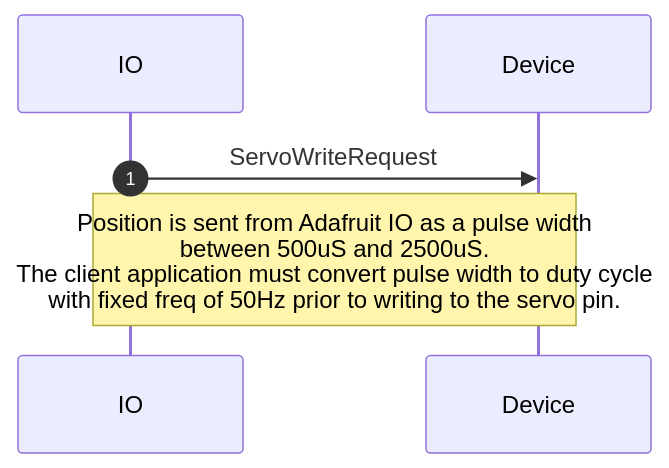
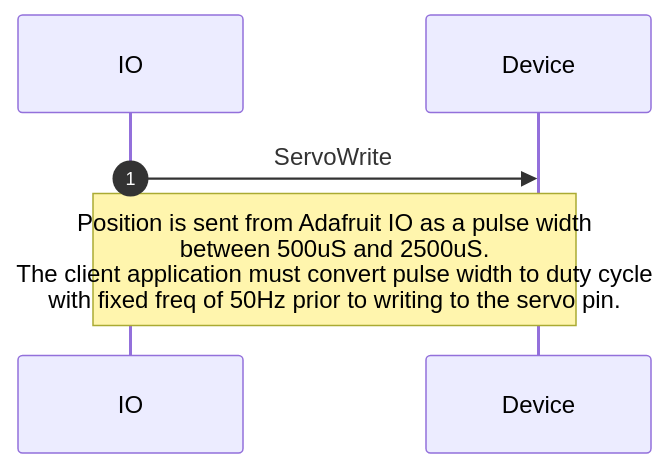
The second of 5 diagrams in proto/wippersnapper/docs/servo.md (adafruit/Wippersnapper_Protobuf), drawn with Mermaid before and after one commit. The commit also changed other lines of this file and 6 other files, not shown here.

````diff
--- a/proto/wippersnapper/docs/servo.md
+++ b/proto/wippersnapper/docs/servo.md
@@ -32,7 +27,7 @@
 ```mermaid
 sequenceDiagram
 autonumber
 
-IO->>Device: ServoWriteRequest
+IO->>Device: ServoWrite
 Note over IO, Device: Position is sent from Adafruit IO as a pulse width<br> between 500uS and 2500uS. <br> The client application must convert pulse width to duty cycle<br>with fixed freq of 50Hz prior to writing to the servo pin.
 ```
````
